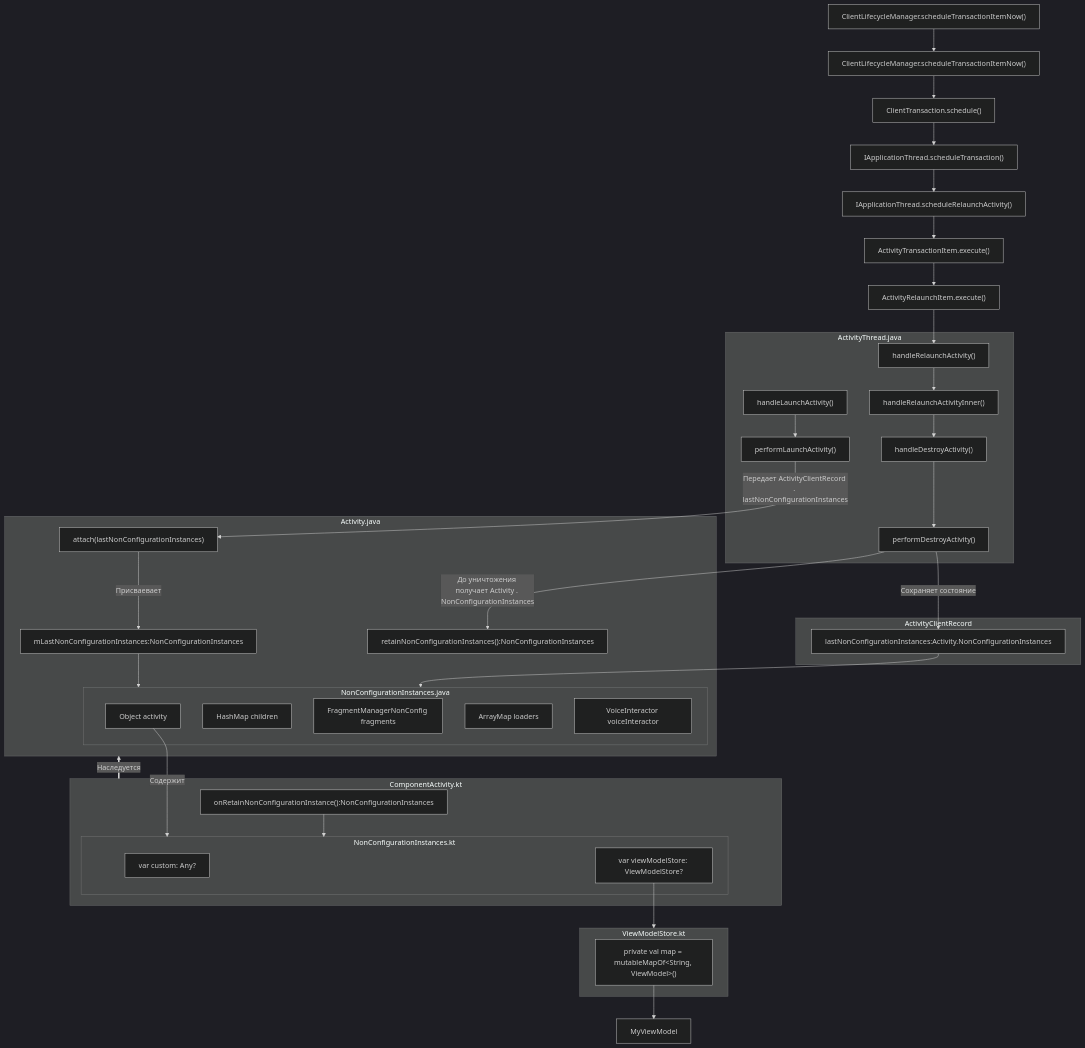
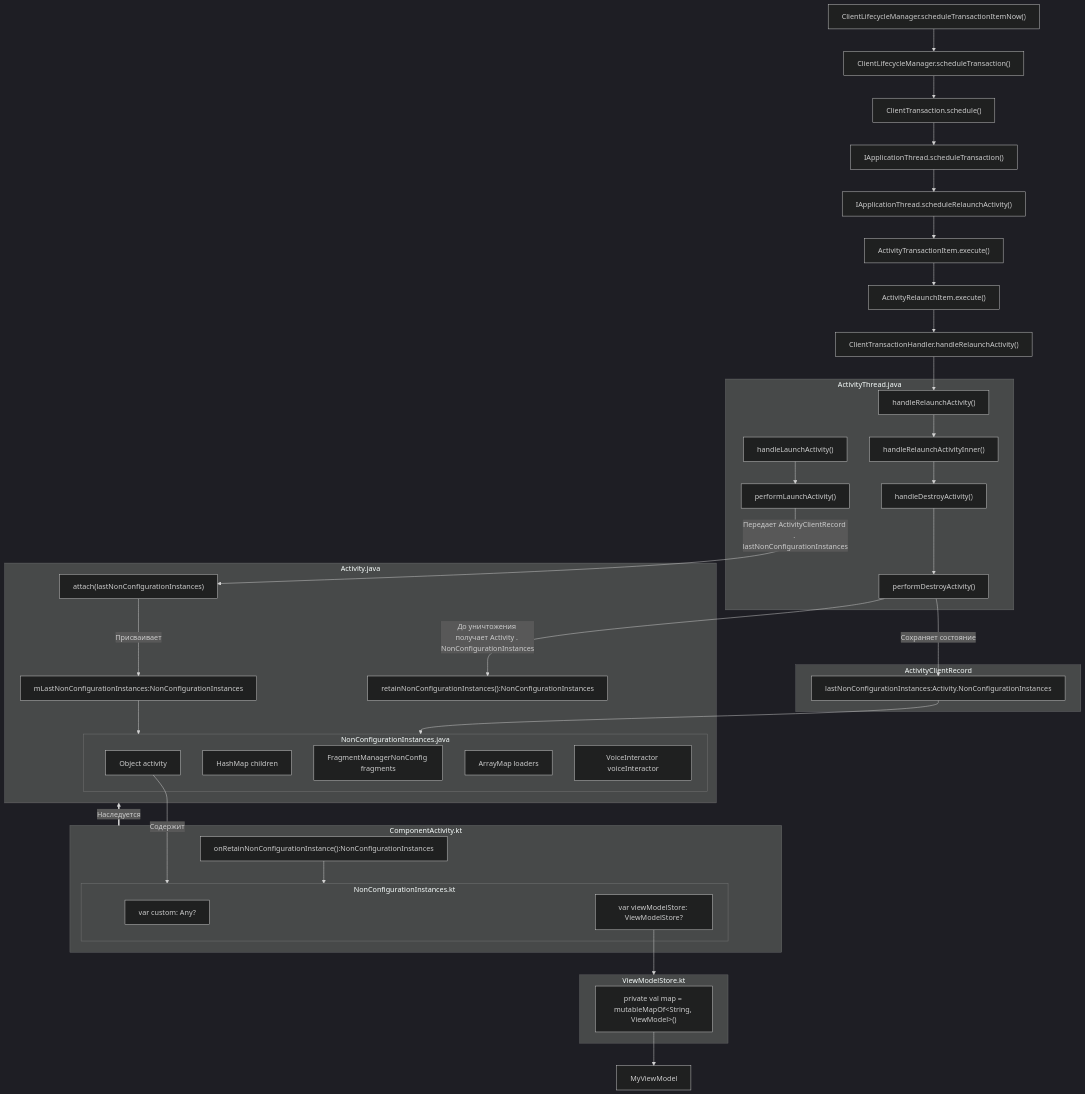
Before and after one commit to suleimanovs/insider: the diagram in Writerside/topics/android/view-model-under-the-hood-store.md, drawn with Mermaid. The commit also changed other lines of this file and 3 other files, not shown here.

````diff
--- a/Writerside/topics/android/view-model-under-the-hood-store.md
+++ b/Writerside/topics/android/view-model-under-the-hood-store.md
@@ -759,66 +767,68 @@
 ```mermaid
 ---
 config:
   theme: dark
   look: classic
   layout: dagre
 ---
 flowchart TD
     subgraph s1["ActivityThread.java"]
         D["handleRelaunchActivityInner()"]
         C["handleRelaunchActivity()"]
         E["handleDestroyActivity()"]
         F["performDestroyActivity()"]
         LAUNCHER["performLaunchActivity()"]
         PerformLaunch["handleLaunchActivity()"]
     end
     subgraph ActivityClientRecord["ActivityClientRecord"]
         H["lastNonConfigurationInstances:Activity.NonConfigurationInstances"]
     end
     subgraph Activity.java["Activity.java"]
         X2["mLastNonConfigurationInstances:NonConfigurationInstances"]
         NonConfigurationInstances.java["NonConfigurationInstances.java"]
         X3["attach(lastNonConfigurationInstances)"]
         X4["retainNonConfigurationInstances():NonConfigurationInstances"]
     end
     subgraph ComponentActivity.kt["ComponentActivity.kt"]
         RetainMethod["onRetainNonConfigurationInstance():NonConfigurationInstances"]
         NonConfigurationInstances.kt["NonConfigurationInstances.kt"]
     end
     subgraph NonConfigurationInstances.kt["NonConfigurationInstances.kt"]
         Q["var custom: Any?"]
         R["var viewModelStore: ViewModelStore?"]
     end
     subgraph NonConfigurationInstances.java["NonConfigurationInstances.java"]
         J["Object activity"]
         K["HashMap children"]
         L["FragmentManagerNonConfig fragments"]
         M["ArrayMap loaders"]
         N["VoiceInteractor voiceInteractor"]
     end
     subgraph ViewModelStore.kt["ViewModelStore.kt"]
         MAP["private val map = mutableMapOf&lt;String, ViewModel&gt;()"]
     end
-    scheduleTransactionItemNow["ClientLifecycleManager.scheduleTransactionItemNow()"] --> scheduleTransaction["ClientLifecycleManager.scheduleTransactionItemNow()"]
+    scheduleTransactionItemNow["ClientLifecycleManager.scheduleTransactionItemNow()"] --> scheduleTransaction["ClientLifecycleManager.scheduleTransaction()"]
     scheduleTransaction --> ClientTransaction["ClientTransaction.schedule()"]
     ClientTransaction --> IApplicationThread.scheduleTransaction["IApplicationThread.scheduleTransaction()"]
     IApplicationThread.scheduleTransaction --> IApplicationThread.scheduleRelaunchActivity["IApplicationThread.scheduleRelaunchActivity()"]
     IApplicationThread.scheduleRelaunchActivity --> A["ActivityTransactionItem.execute()"]
+    ClientTransactionHandler["ClientTransactionHandler.handleRelaunchActivity()"]
     A --> B["ActivityRelaunchItem.execute()"]
-    B --> C
+    B --> ClientTransactionHandler
+    ClientTransactionHandler --> C
     F -- "До уничтожения получает Activity . NonConfigurationInstances" --> X4
     C --> D
     D --> E
     E --> F
     PerformLaunch --> LAUNCHER
     F -- Сохраняет состояние --> H
     H --> NonConfigurationInstances.java
     X2 --> NonConfigurationInstances.java
     LAUNCHER -- "Передает ActivityClientRecord . lastNonConfigurationInstances" --> X3
-    X3 -- Присваевает --> X2
+    X3 -- Присваивает --> X2
     RetainMethod --> NonConfigurationInstances.kt
     J -- Содержит --> NonConfigurationInstances.kt
     R --> ViewModelStore.kt
     ComponentActivity.kt == Наследуется ===> Activity.java
     MAP --> MyViewModel["MyViewModel"]
 ```
````
